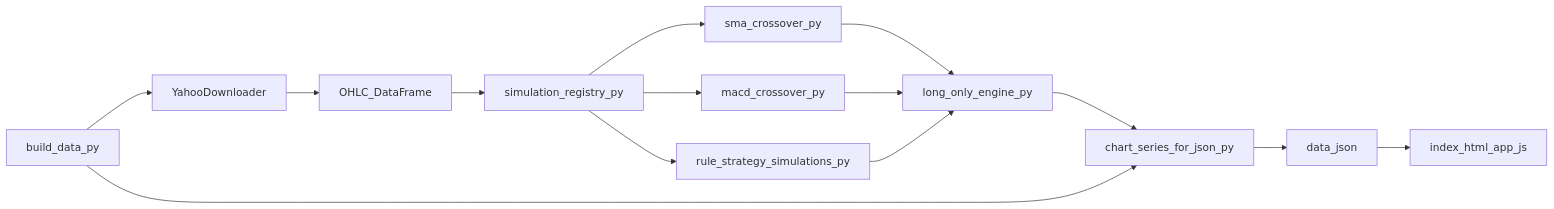
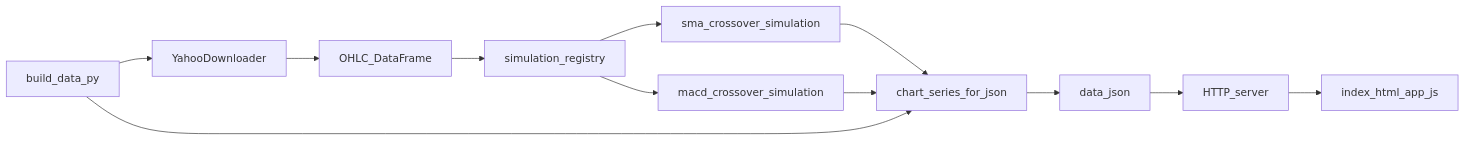
Before and after one commit to kelvinlyy/FinRL: the diagram in web/README.md, drawn with Mermaid. The commit also changed other lines of this file and 16 other files, not shown here.

````diff
--- a/web/README.md
+++ b/web/README.md
@@ -47,27 +11,24 @@
 ```mermaid
 flowchart LR
   yahoo[YahooDownloader]
   raw[OHLC_DataFrame]
-  reg[simulation_registry_py]
-  rules[rule_strategy_simulations_py]
-  sma[sma_crossover_py]
-  macd[macd_crossover_py]
-  engine[long_only_engine_py]
-  ser[chart_series_for_json_py]
+  reg[simulation_registry]
+  simSMA[sma_crossover_simulation]
+  simMACD[macd_crossover_simulation]
+  ser[chart_series_for_json]
   json[data_json]
+  http[HTTP_server]
   browser[index_html_app_js]
 
   yahoo --> raw
   raw --> reg
-  reg --> rules
-  reg --> sma
-  reg --> macd
-  sma --> engine
-  macd --> engine
-  rules --> engine
-  engine --> ser
+  reg --> simSMA
+  reg --> simMACD
+  simSMA --> ser
+  simMACD --> ser
   build[build_data_py] --> yahoo
   build --> ser
   ser --> json
-  json --> browser
+  json --> http
+  http --> browser
 ```
````
